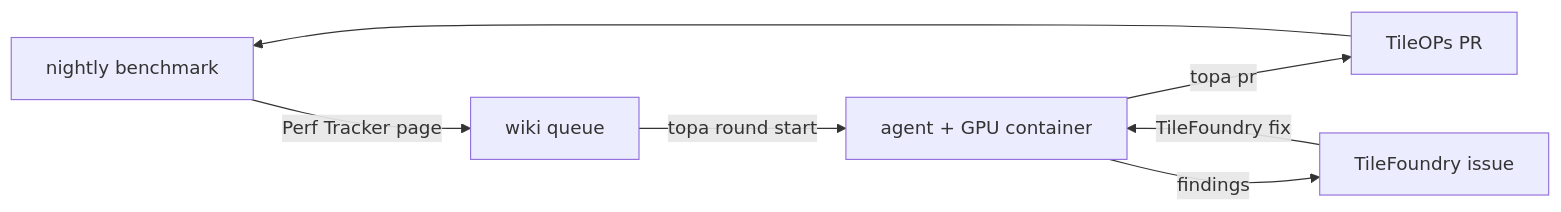
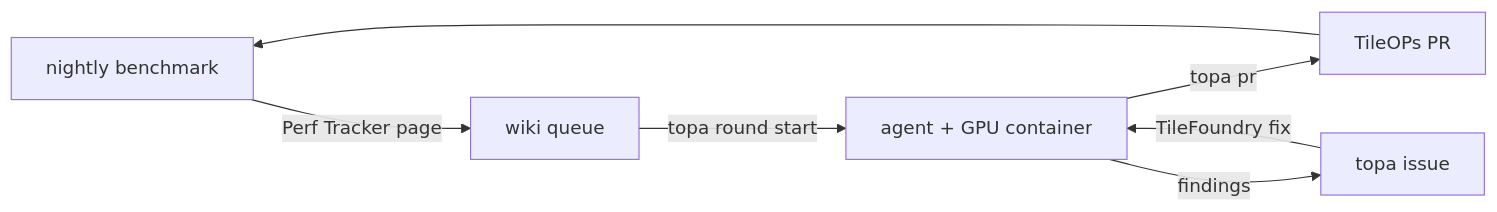
Before and after one commit to lcy-seso/topa: the diagram in docs/workflow.md, drawn with Mermaid. The commit also changed other lines of this file and 8 other files, not shown here.

First line of the commit message:
fix: let a pre-state-graph round open its PR, and file findings on tile-ai/topa (#27)

````diff
--- a/docs/workflow.md
+++ b/docs/workflow.md
@@ -28,9 +28,9 @@
 ```mermaid
 flowchart LR
     N["nightly benchmark"] -- "Perf Tracker page" --> Q["wiki queue"]
     Q -- "topa round start" --> A["agent + GPU container"]
     A -- "topa pr" --> P["TileOPs PR"]
-    A -- "findings" --> F["TileFoundry issue"]
+    A -- "findings" --> F["topa issue"]
     P --> N
     F -- "TileFoundry fix" --> A
 ```
````
